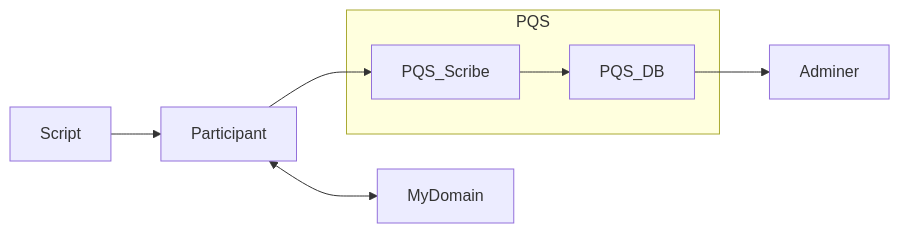
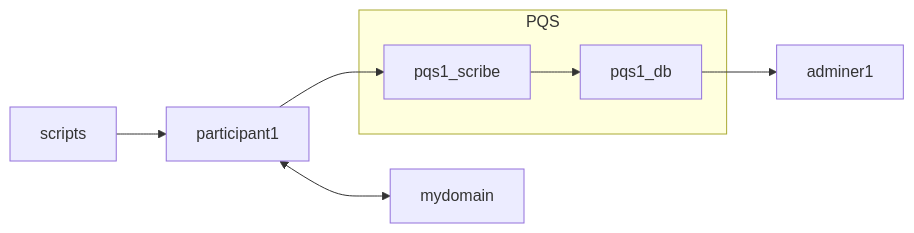
The diagram in README.md (wallacekelly-da/daml-public-demos), drawn with Mermaid before and after one commit.

Commit message:
Improve the mermaid diagram

````diff
--- a/README.md
+++ b/README.md
@@ -10,10 +10,10 @@
 ```mermaid
 flowchart LR
-    Script --> Participant
-    Participant <--> MyDomain
-    Participant --> PQS_Scribe
+    scripts --> participant1
+    participant1 <--> mydomain
+    participant1 --> pqs1_scribe
     subgraph PQS
-    PQS_Scribe --> PQS_DB
+    pqs1_scribe --> pqs1_db
     end
-    PQS_DB --> Adminer
+    pqs1_db --> adminer1
 ```
````
